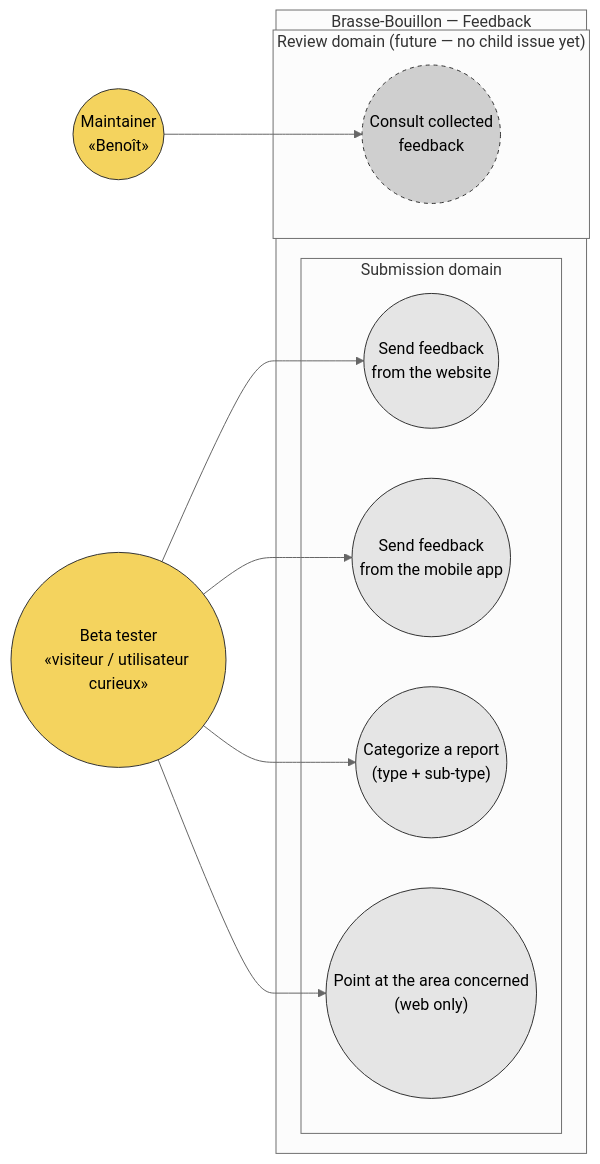
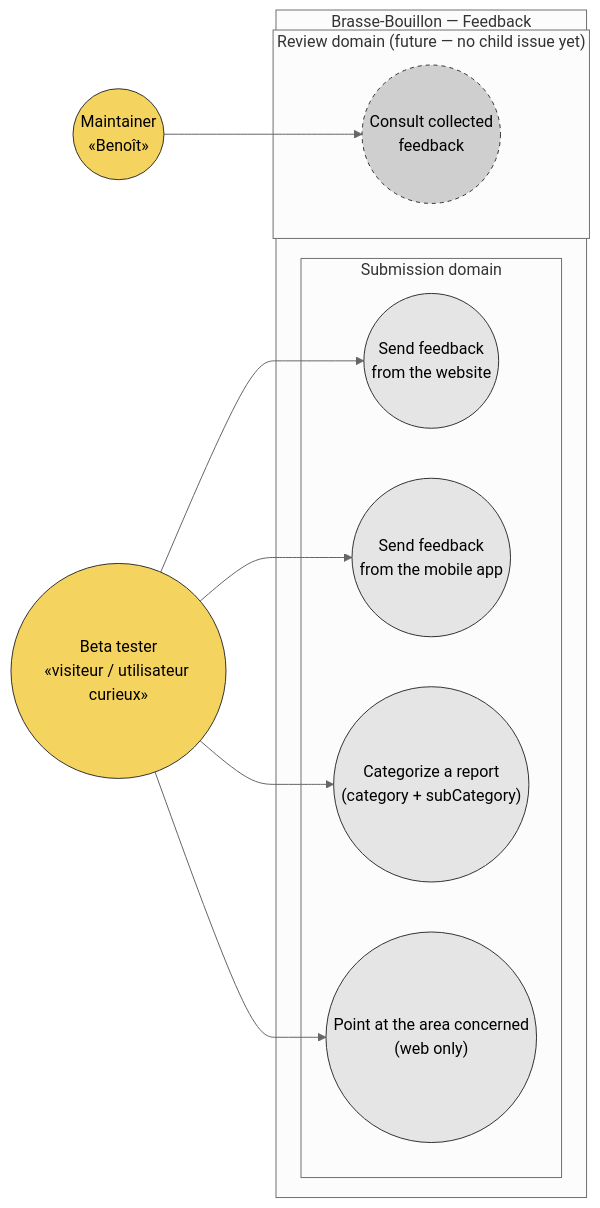
Before and after one commit to benoit-bremaud/brasse-bouillon: the diagram in docs/architecture/diagrams/feedback/01-use-case-feedback.md, drawn with Mermaid (neutral theme). The commit also changed 2 other files, not shown here.

Commit message:
docs(feedback/architecture): align terminology + drop unused classDef (review)
- Use 'subCategory' instead of 'sub-type' in the use-case and sequence diagrams, matching the payload field name. - Remove the unused 'classDef pii' in the data-flow diagram (PII is carried by edge labels, not node classes).

````diff
--- a/docs/architecture/diagrams/feedback/01-use-case-feedback.md
+++ b/docs/architecture/diagrams/feedback/01-use-case-feedback.md
@@ -20,34 +20,34 @@
 ```mermaid
 flowchart LR
     %% Actors
     Tester((Beta tester<br/>«visiteur / utilisateur curieux»))
     Maintainer((Maintainer<br/>«Benoît»))
 
     %% System boundary — use cases grouped by DOMAIN (not by surface, not by package)
     subgraph BB ["Brasse-Bouillon — Feedback"]
         subgraph Submission ["Submission domain"]
             UC1(("Send feedback<br/>from the website"))
             UC2(("Send feedback<br/>from the mobile app"))
-            UC3(("Categorize a report<br/>(type + sub-type)"))
+            UC3(("Categorize a report<br/>(category + subCategory)"))
             UC4(("Point at the area concerned<br/>(web only)"))
         end
         subgraph Review ["Review domain (future — no child issue yet)"]
             UC5(("Consult collected<br/>feedback"))
         end
     end
 
     %% Actor → use case wiring (actor-initiated, per UML 2.5)
     Tester --> UC1
     Tester --> UC2
     Tester --> UC3
     Tester --> UC4
     Maintainer --> UC5
 
     %% Styling
     classDef actor fill:#F4D35E,stroke:#333,stroke-width:1px,color:#000
     classDef useCase fill:#E5E5E5,stroke:#333,stroke-width:1px,color:#000
     classDef future fill:#CFCFCF,stroke:#333,stroke-dasharray: 4 4,color:#000
     class Tester,Maintainer actor
     class UC1,UC2,UC3,UC4 useCase
     class UC5 future
 ```
````
